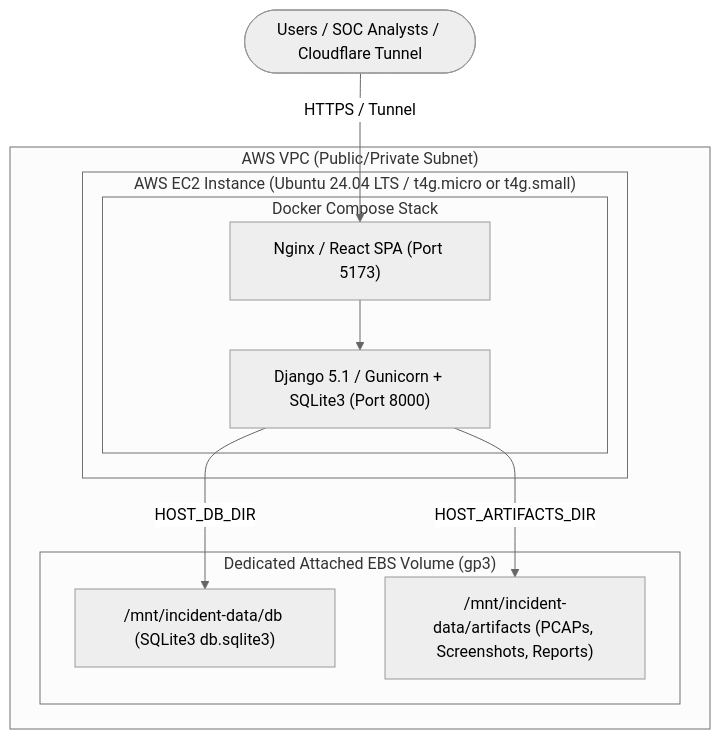
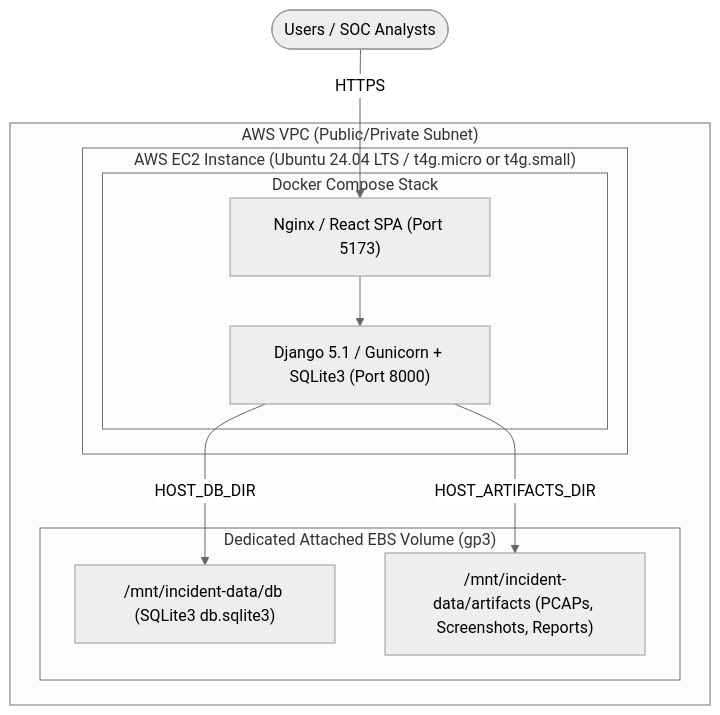
One commit to aircooledcafe/incident-reporter changed the diagram in DEPLOYMENT_AWS.md. Above: the diagram before and after it, drawn with Mermaid (neutral theme). The commit also changed other lines of this file and 13 other files, not shown here.

````diff
--- a/DEPLOYMENT_AWS.md
+++ b/DEPLOYMENT_AWS.md
@@ -9,23 +9,23 @@
 ```mermaid
 flowchart TD
-    Internet([Users / SOC Analysts / Cloudflare Tunnel])
+    Internet([Users / SOC Analysts])
     
     subgraph VPC["AWS VPC (Public/Private Subnet)"]
         subgraph EC2["AWS EC2 Instance (Ubuntu 24.04 LTS / t4g.micro or t4g.small)"]
             subgraph Docker["Docker Compose Stack"]
                 Frontend["Nginx / React SPA (Port 5173)"]
                 Backend["Django 5.1 / Gunicorn + SQLite3 (Port 8000)"]
             end
         end
 
         subgraph EBS["Dedicated Attached EBS Volume (gp3)"]
             DBData["/mnt/incident-data/db (SQLite3 db.sqlite3)"]
             ArtifactsData["/mnt/incident-data/artifacts (PCAPs, Screenshots, Reports)"]
         end
     end
 
-    Internet -->|HTTPS / Tunnel| Frontend
+    Internet -->|HTTPS| Frontend
     Frontend --> Backend
     Backend -->|HOST_DB_DIR| DBData
     Backend -->|HOST_ARTIFACTS_DIR| ArtifactsData
 ```
````
